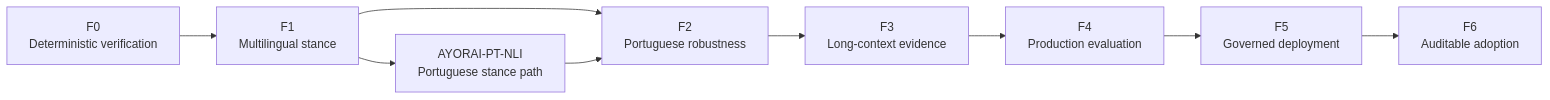
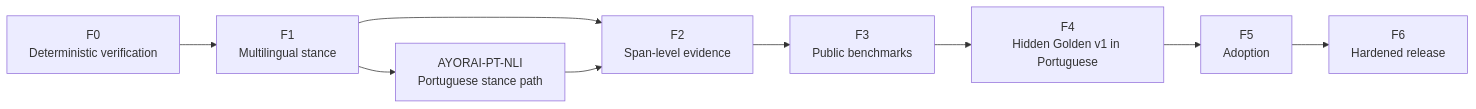
One commit to Ayorinha/ayorai-opensearch changed the second of 2 diagrams in README.md. Above: the diagram before and after it, drawn with Mermaid. The commit also changed other lines of this file, not shown here.

Commit message:
audit: correct README.md

```diff
--- a/README.md
+++ b/README.md
@@ -109,11 +109,11 @@
 ~~~mermaid
 flowchart LR
     F0["F0<br/>Deterministic verification"] --> F1["F1<br/>Multilingual stance"]
-    F1 --> F2["F2<br/>Portuguese robustness"]
-    F2 --> F3["F3<br/>Long-context evidence"]
-    F3 --> F4["F4<br/>Production evaluation"]
-    F4 --> F5["F5<br/>Governed deployment"]
-    F5 --> F6["F6<br/>Auditable adoption"]
+    F1 --> F2["F2<br/>Span-level evidence"]
+    F2 --> F3["F3<br/>Public benchmarks"]
+    F3 --> F4["F4<br/>Hidden Golden v1 in Portuguese"]
+    F4 --> F5["F5<br/>Adoption"]
+    F5 --> F6["F6<br/>Hardened release"]
     PT["AYORAI-PT-NLI<br/>Portuguese stance path"] --> F2
     F1 --> PT
 ~~~
```
